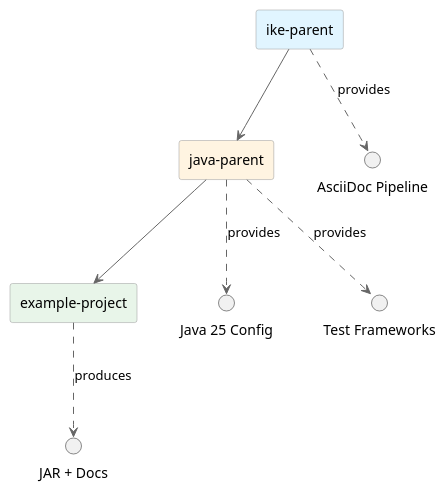
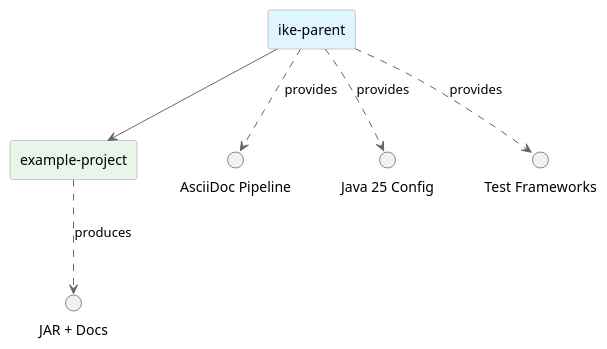
One commit to IKE-Network/ike-pipeline changed the diagram in example-project/src/docs/asciidoc/chapters/architecture.adoc. Above: the diagram before and after it, drawn with PlantUML. The commit also changed other lines of this file and 71 other files, not shown here.

First line of the commit message:
refactor: unify parent architecture and workspace conventions

```diff
--- a/example-project/src/docs/asciidoc/chapters/architecture.adoc
+++ b/example-project/src/docs/asciidoc/chapters/architecture.adoc
@@ -34,20 +34,18 @@
 [plantuml]
 ....
 @startuml
 skinparam rectangleBorderColor #999999
 skinparam arrowColor #666666
 skinparam defaultFontName Noto Sans
 
 rectangle "ike-parent" as A #e1f5ff
-rectangle "java-parent" as B #fff4e1
 rectangle "example-project" as C #e8f5e9
 
-A --> B
-B --> C
+A --> C
 
 A ..> "AsciiDoc Pipeline" : provides
-B ..> "Java 25 Config" : provides
-B ..> "Test Frameworks" : provides
+A ..> "Java 25 Config" : provides
+A ..> "Test Frameworks" : provides
 C ..> "JAR + Docs" : produces
 @enduml
 ....
```
